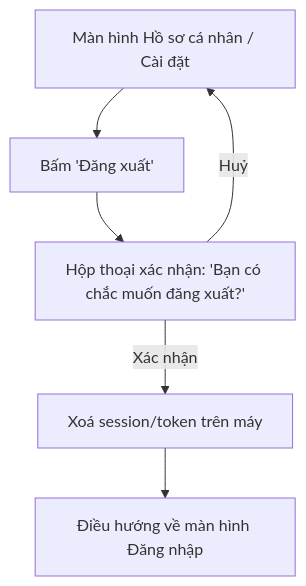
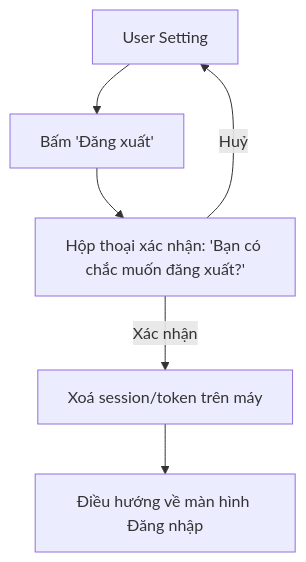
Before and after one commit to townsoft-dev/biztown-rent: the tenth of 10 diagrams in docs/USER-FLOWS.md, drawn with Mermaid. The commit also changed other lines of this file and 3 other files, not shown here.

Commit message:
chỉnh sửa decicions.md, business-rules.md, product-overview.md, user-flows.md version 2, thu gọn phạm vi phase 1

````diff
--- a/docs/USER-FLOWS.md
+++ b/docs/USER-FLOWS.md
@@ -292,8 +207,8 @@
 ```mermaid
 flowchart TD
-    A[Màn hình Hồ sơ cá nhân / Cài đặt] --> B[Bấm 'Đăng xuất']
+    A[User Setting] --> B[Bấm 'Đăng xuất']
     B --> C[Hộp thoại xác nhận: 'Bạn có chắc muốn đăng xuất?']
     C -- Huỷ --> A
     C -- Xác nhận --> D[Xoá session/token trên máy]
     D --> E[Điều hướng về màn hình Đăng nhập]
 ```
````
